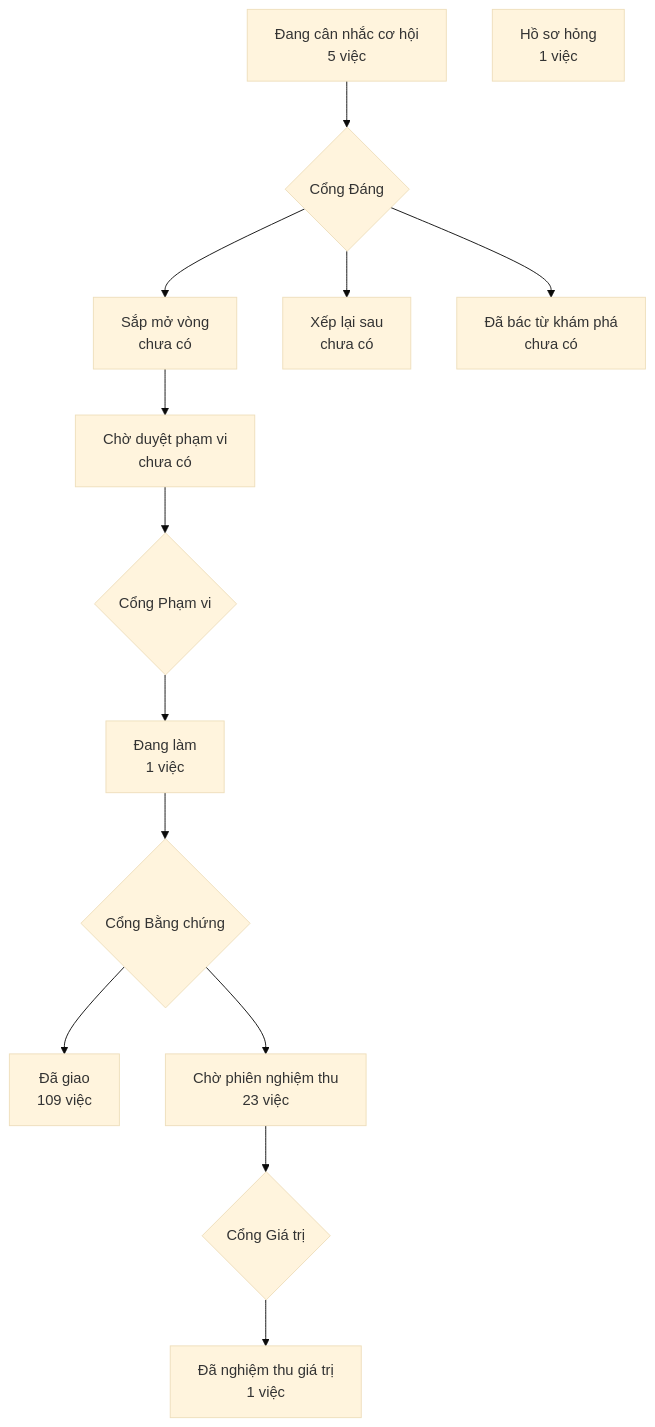
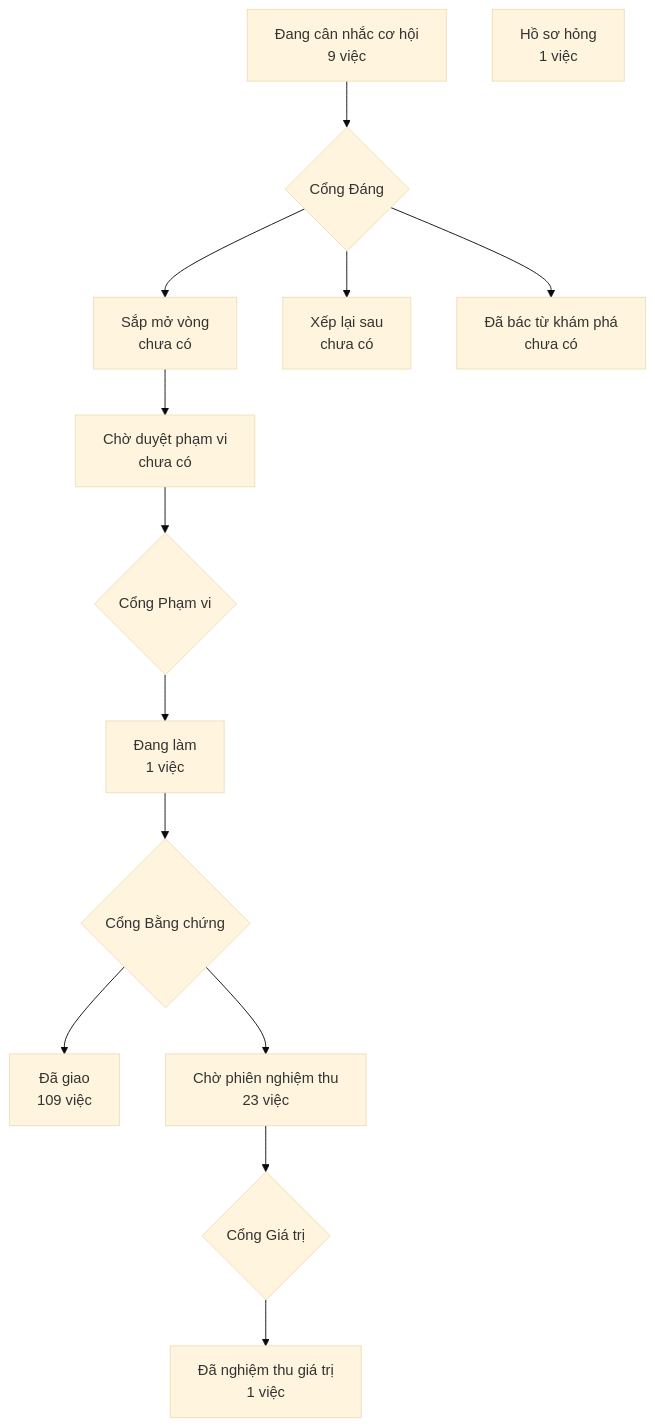
The diagram in PRODUCT-MAP.md (phanlemanh/crm-onehub), drawn with Mermaid (base theme) before and after one commit. The commit also changed other lines of this file and 38 other files, not shown here.

````diff
--- a/PRODUCT-MAP.md
+++ b/PRODUCT-MAP.md
@@ -6,13 +6,13 @@
 ```mermaid
 flowchart TD
-  A["Đang cân nhắc cơ hội<br/>5 việc"] --> GD{"Cổng Đáng"}
+  A["Đang cân nhắc cơ hội<br/>9 việc"] --> GD{"Cổng Đáng"}
   GD --> B["Sắp mở vòng<br/>chưa có"]
   GD --> XL["Xếp lại sau<br/>chưa có"]
   GD --> DB["Đã bác từ khám phá<br/>chưa có"]
   B --> CD["Chờ duyệt phạm vi<br/>chưa có"] --> GP{"Cổng Phạm vi"}
   GP --> DL["Đang làm<br/>1 việc"] --> GB{"Cổng Bằng chứng"}
   GB --> DG["Đã giao<br/>109 việc"]
   GB --> CN["Chờ phiên nghiệm thu<br/>23 việc"] --> GG{"Cổng Giá trị"}
   GG --> NT["Đã nghiệm thu giá trị<br/>1 việc"]
   HS["Hồ sơ hỏng<br/>1 việc"]
 ```
````
